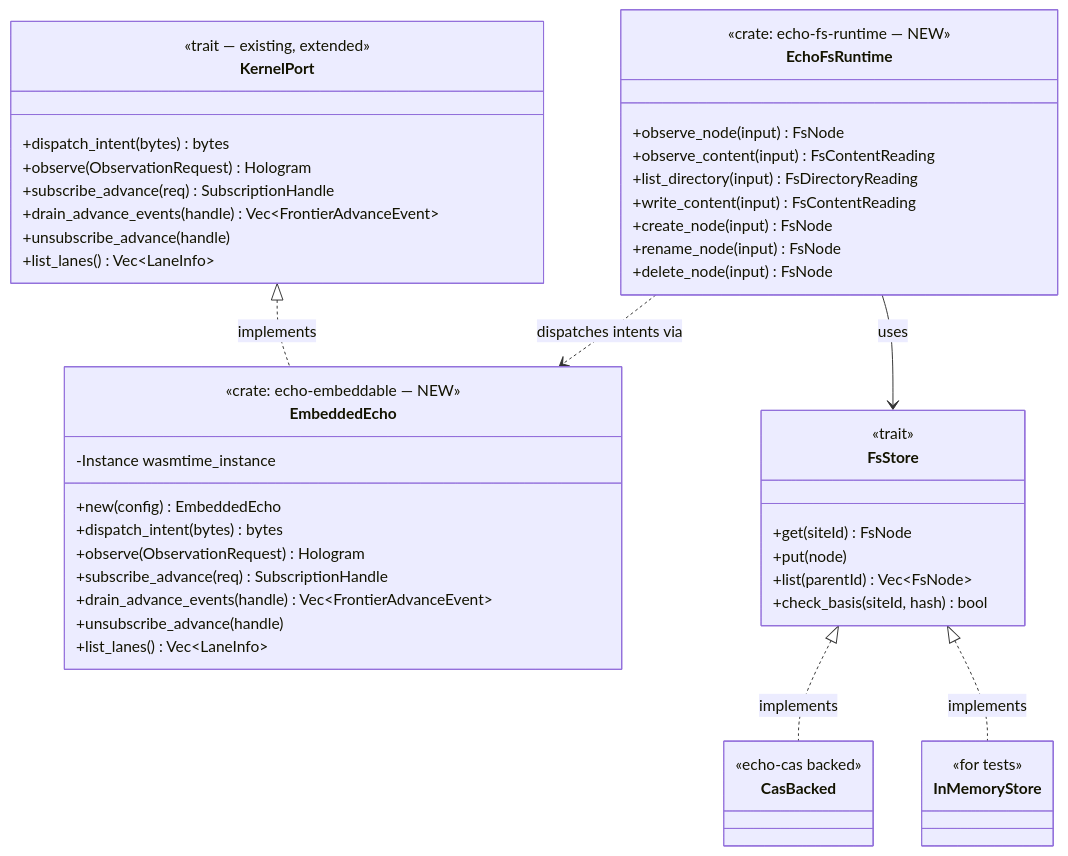
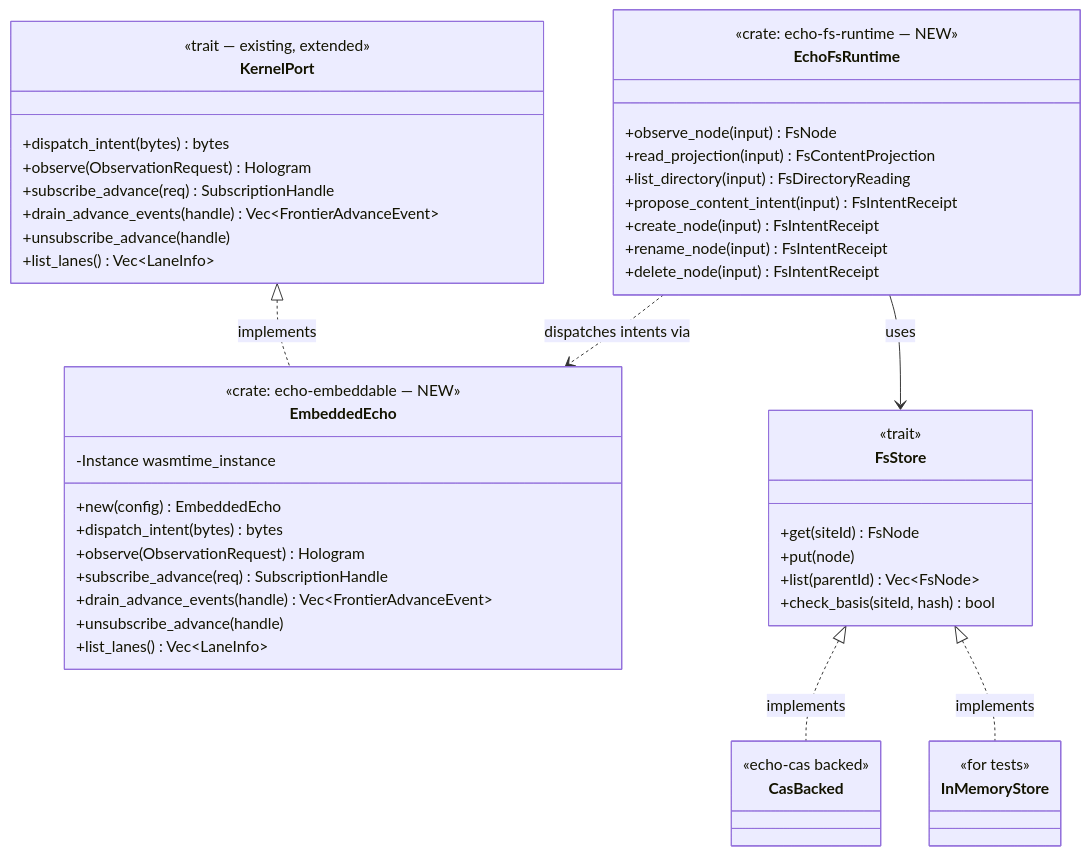
Before and after one commit to flyingrobots/warp-drive: the fourth of 8 diagrams in docs/IMPLEMENTATION_PLAN.md, drawn with Mermaid. The commit also changed other lines of this file and 1 other file, not shown here.

First line of the commit message:
docs(wave-4): align schema and diagrams with WARP intent/projection model

````diff
--- a/docs/IMPLEMENTATION_PLAN.md
+++ b/docs/IMPLEMENTATION_PLAN.md
@@ -515,51 +539,51 @@
 ```mermaid
 classDiagram
     class KernelPort {
         <<trait — existing, extended>>
         +dispatch_intent(bytes) bytes
         +observe(ObservationRequest) Hologram
         +subscribe_advance(req) SubscriptionHandle
         +drain_advance_events(handle) Vec~FrontierAdvanceEvent~
         +unsubscribe_advance(handle)
         +list_lanes() Vec~LaneInfo~
     }
     class EmbeddedEcho {
         <<crate: echo-embeddable — NEW>>
         -Instance wasmtime_instance
         +new(config) EmbeddedEcho
         +dispatch_intent(bytes) bytes
         +observe(ObservationRequest) Hologram
         +subscribe_advance(req) SubscriptionHandle
         +drain_advance_events(handle) Vec~FrontierAdvanceEvent~
         +unsubscribe_advance(handle)
         +list_lanes() Vec~LaneInfo~
     }
     class EchoFsRuntime {
         <<crate: echo-fs-runtime — NEW>>
         +observe_node(input) FsNode
-        +observe_content(input) FsContentReading
+        +read_projection(input) FsContentProjection
         +list_directory(input) FsDirectoryReading
-        +write_content(input) FsContentReading
-        +create_node(input) FsNode
-        +rename_node(input) FsNode
-        +delete_node(input) FsNode
+        +propose_content_intent(input) FsIntentReceipt
+        +create_node(input) FsIntentReceipt
+        +rename_node(input) FsIntentReceipt
+        +delete_node(input) FsIntentReceipt
     }
     class FsStore {
         <<trait>>
         +get(siteId) FsNode
         +put(node)
         +list(parentId) Vec~FsNode~
         +check_basis(siteId, hash) bool
     }
     class CasBacked {
         <<echo-cas backed>>
     }
     class InMemoryStore {
         <<for tests>>
     }
     KernelPort <|.. EmbeddedEcho : implements
     EchoFsRuntime --> FsStore : uses
     EchoFsRuntime ..> EmbeddedEcho : dispatches intents via
     FsStore <|.. CasBacked : implements
     FsStore <|.. InMemoryStore : implements
 ```
````
